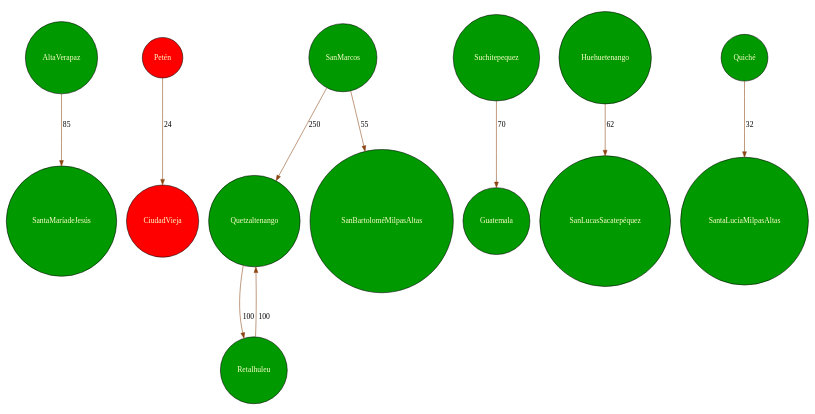
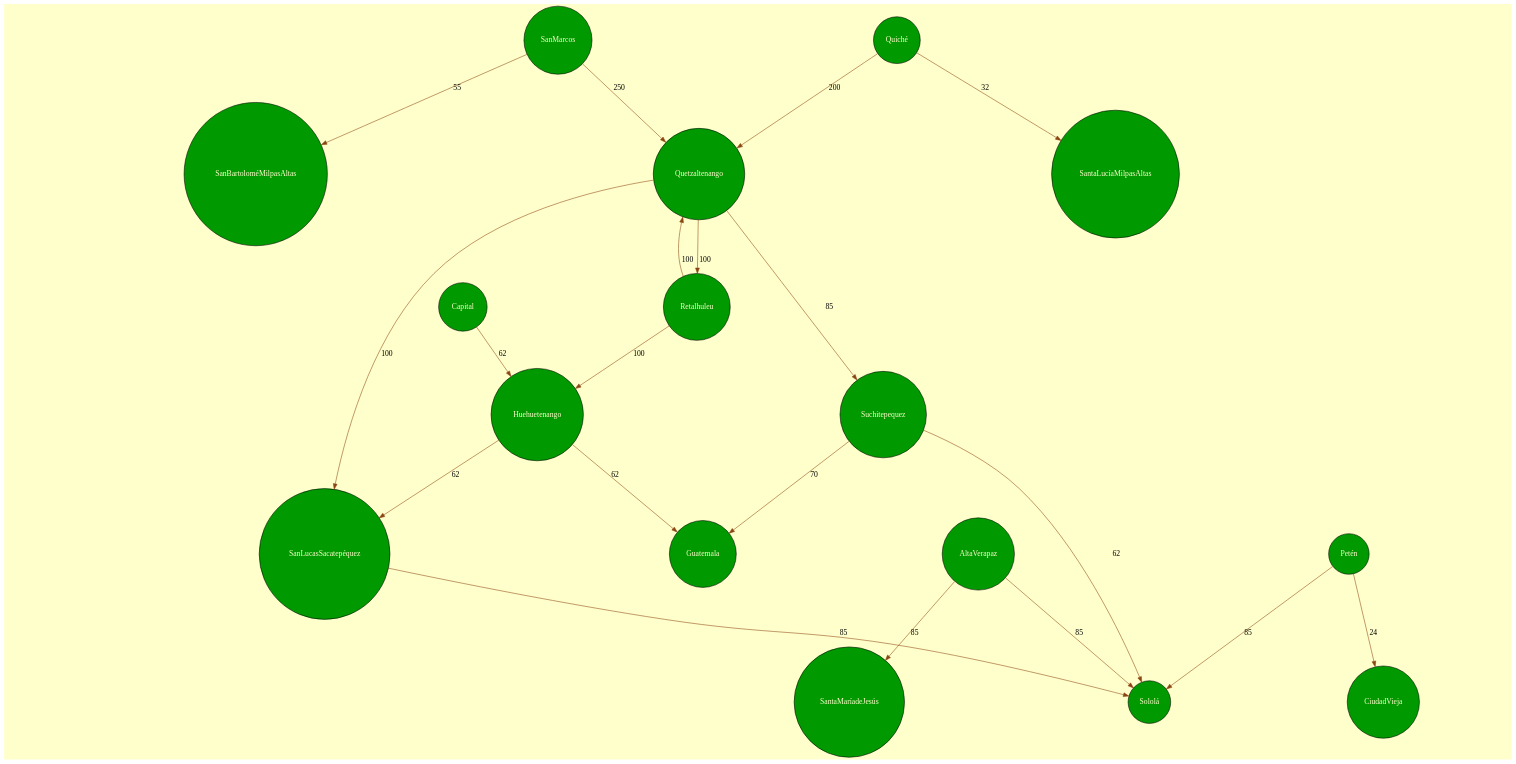
Before and after one commit to Marco131-xel/TravelMap_GT: the diagram in TravelMap/grafo.dot, drawn with Graphviz. The commit also changed 8 other files, not shown here.

```diff
--- a/TravelMap/grafo.dot
+++ b/TravelMap/grafo.dot
@@ -1,15 +1,24 @@
 digraph G {
-	graph [ratio=0.5];
+	graph [ratio=0.5, bgcolor="#FFFFCC"];
 	node [shape=circle, style=filled, fillcolor="#009900", fontcolor="#FFFFCC", fixedsize=false];
 	edge [color="#8B4513"];
   "AltaVerapaz" -> "SantaMaríadeJesús" [label="85"];
   "Petén" -> "CiudadVieja" [label="24"];
-"Petén" [fillcolor="red"];"CiudadVieja" [fillcolor="red"];
   "Quetzaltenango" -> "Retalhuleu" [label="100"];
   "Retalhuleu" -> "Quetzaltenango" [label="100"];
   "SanMarcos" -> "Quetzaltenango" [label="250"];
   "Suchitepequez" -> "Guatemala" [label="70"];
   "SanMarcos" -> "SanBartoloméMilpasAltas" [label="55"];
   "Huehuetenango" -> "SanLucasSacatepéquez" [label="62"];
   "Quiché" -> "SantaLucíaMilpasAltas" [label="32"];
+  "Quiché" -> "Quetzaltenango" [label="200"];
+  "Huehuetenango" -> "Guatemala" [label="62"];
+  "Capital" -> "Huehuetenango" [label="62"];
+  "Suchitepequez" -> "Sololá" [label="62"];
+  "Retalhuleu" -> "Huehuetenango" [label="100"];
+  "Petén" -> "Sololá" [label="85"];
+  "AltaVerapaz" -> "Sololá" [label="85"];
+  "Quetzaltenango" -> "Suchitepequez" [label="85"];
+  "SanLucasSacatepéquez" -> "Sololá" [label="85"];
+  "Quetzaltenango" -> "SanLucasSacatepéquez" [label="100"];
 }
```
